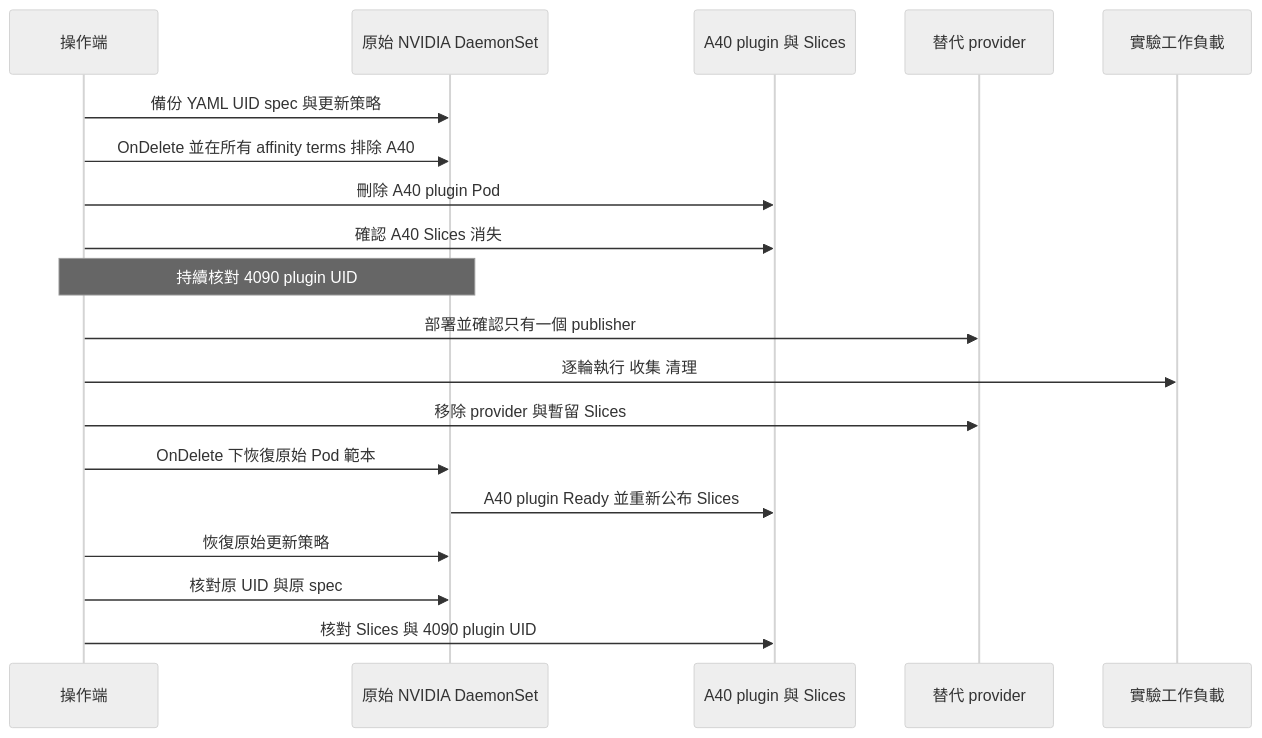
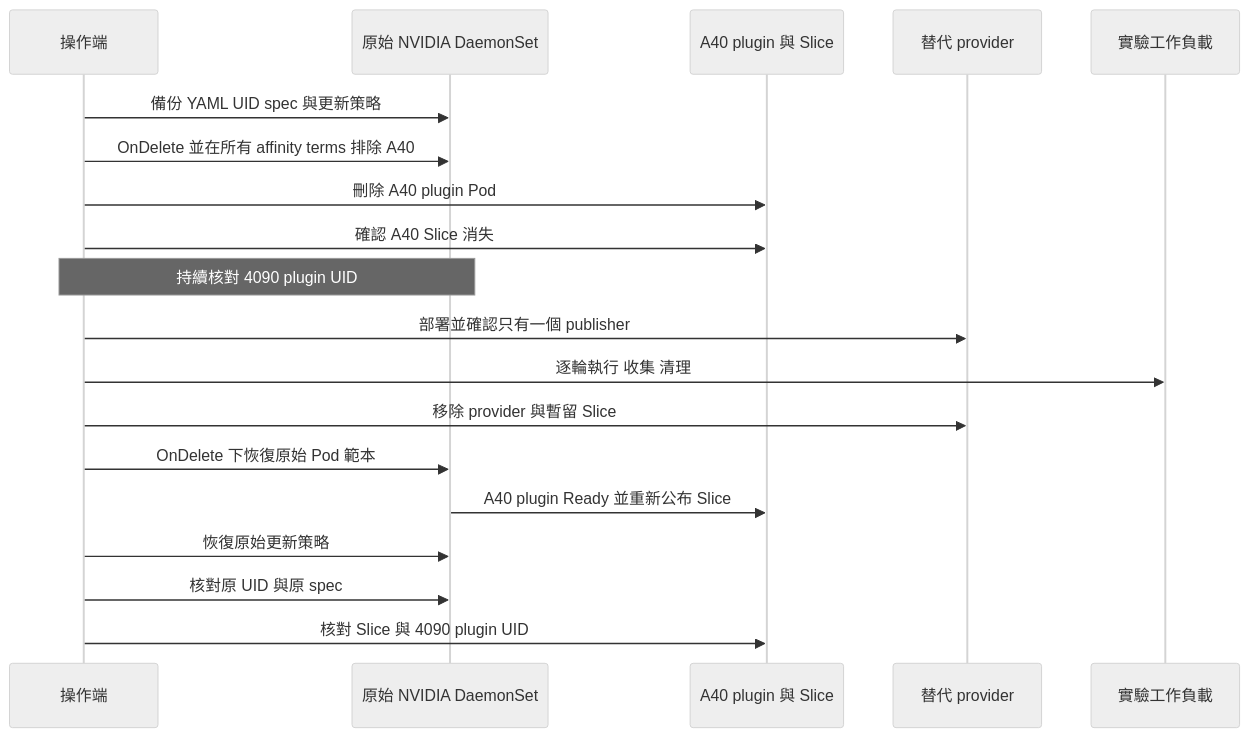
The second of 3 diagrams in book/04-isolation/README.md (Daniel77871/dra-gpu-sharing-in-practice), drawn with Mermaid (neutral theme) before and after one commit. The commit also changed other lines of this file and 2 other files, not shown here.

Commit message:
Record the Chapter 5 HAMi smoke run and refresh Chapter 4 verification notes
The HAMi batch ran on the original cluster after switching the A40 to
HAMi-DRA; ordering MPS > TimeSlicing ~ HAMi matches the original report.
Note that the TimeSlicingSettings toggle and the HAMi switch must be
sequential, not nested.

````diff
--- a/book/04-isolation/README.md
+++ b/book/04-isolation/README.md
@@ -68,21 +68,21 @@
 ```mermaid
 sequenceDiagram
     participant O as 操作端
     participant D as 原始 NVIDIA DaemonSet
-    participant K as A40 plugin 與 Slices
+    participant K as A40 plugin 與 Slice
     participant P as 替代 provider
     participant W as 實驗工作負載
     O->>D: 備份 YAML UID spec 與更新策略
     O->>D: OnDelete 並在所有 affinity terms 排除 A40
     O->>K: 刪除 A40 plugin Pod
-    O->>K: 確認 A40 Slices 消失
+    O->>K: 確認 A40 Slice 消失
     Note over O,D: 持續核對 4090 plugin UID
     O->>P: 部署並確認只有一個 publisher
     O->>W: 逐輪執行 收集 清理
-    O->>P: 移除 provider 與暫留 Slices
+    O->>P: 移除 provider 與暫留 Slice
     O->>D: OnDelete 下恢復原始 Pod 範本
-    D->>K: A40 plugin Ready 並重新公布 Slices
+    D->>K: A40 plugin Ready 並重新公布 Slice
     O->>D: 恢復原始更新策略
     O->>D: 核對原 UID 與原 spec
-    O->>K: 核對 Slices 與 4090 plugin UID
+    O->>K: 核對 Slice 與 4090 plugin UID
 ```
````
